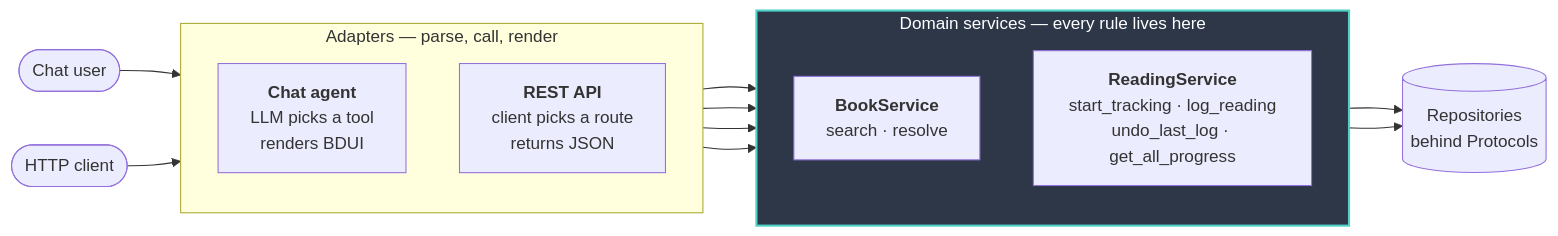
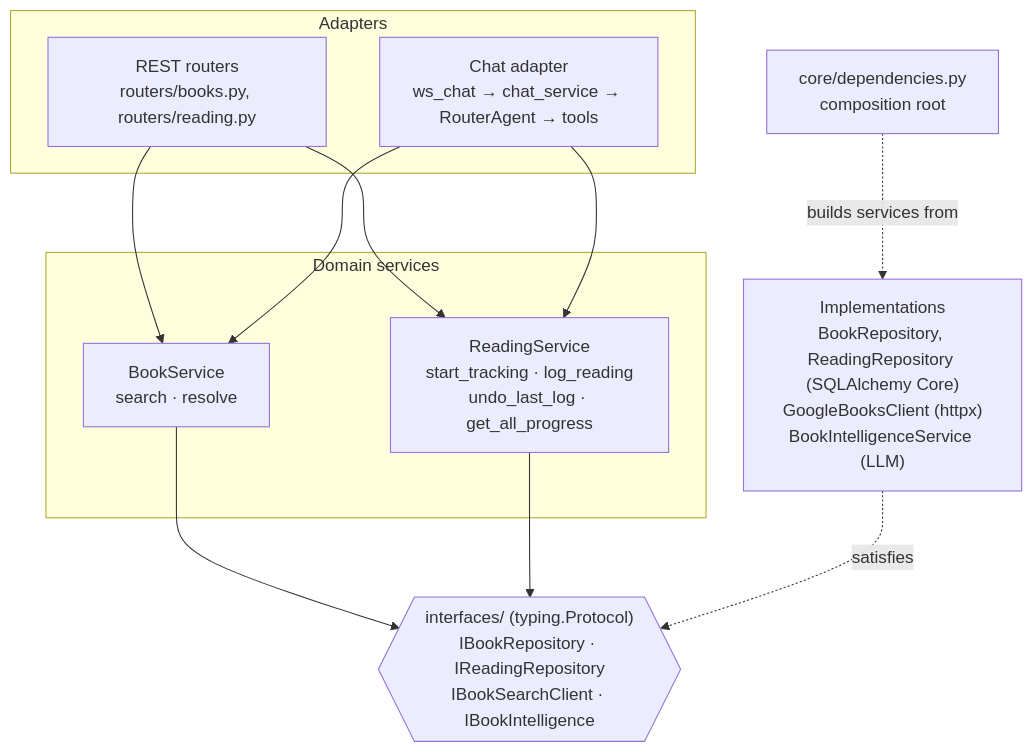
One commit to rohitxseth/readledgerx changed the first of 3 diagrams in README.md. Above: the diagram before and after it, drawn with Mermaid. The commit also changed other lines of this file and 13 other files, not shown here.

````diff
--- a/README.md
+++ b/README.md
@@ -128,26 +78,23 @@
 ```mermaid
-flowchart LR
-    U1(["Chat user"]) --> Agent
-    U2(["HTTP client"]) --> REST
+flowchart TD
+    subgraph Adapters
+        REST["REST routers<br/>routers/books.py, routers/reading.py"]
+        Chat["Chat adapter<br/>ws_chat → chat_service → RouterAgent → tools"]
+    end
+    subgraph Services["Domain services"]
+        BS["BookService<br/>search · resolve"]
+        RS["ReadingService<br/>start_tracking · log_reading<br/>undo_last_log · get_all_progress"]
+    end
+    P{{"interfaces/ (typing.Protocol)<br/>IBookRepository · IReadingRepository<br/>IBookSearchClient · IBookIntelligence"}}
+    Impl["Implementations<br/>BookRepository, ReadingRepository (SQLAlchemy Core)<br/>GoogleBooksClient (httpx)<br/>BookIntelligenceService (LLM)"]
+    DI["core/dependencies.py<br/>composition root"]
 
-    subgraph Adapters["Adapters — parse, call, render"]
-        direction TB
-        Agent["<b>Chat agent</b><br/>LLM picks a tool<br/>renders BDUI"]
-        REST["<b>REST API</b><br/>client picks a route<br/>returns JSON"]
-    end
-
-    subgraph Services["Domain services — every rule lives here"]
-        direction TB
-        BS["<b>BookService</b><br/>search · resolve"]
-        RS["<b>ReadingService</b><br/>start_tracking · log_reading<br/>undo_last_log · get_all_progress"]
-    end
-
-    Agent --> BS
-    Agent --> RS
     REST --> BS
     REST --> RS
-    BS --> Repos[("Repositories<br/>behind Protocols")]
-    RS --> Repos
-
-    style Services fill:#2d3748,stroke:#4fd1c5,stroke-width:2px,color:#fff
+    Chat --> BS
+    Chat --> RS
+    BS --> P
+    RS --> P
+    Impl -. satisfies .-> P
+    DI -. builds services from .-> Impl
 ```
````
